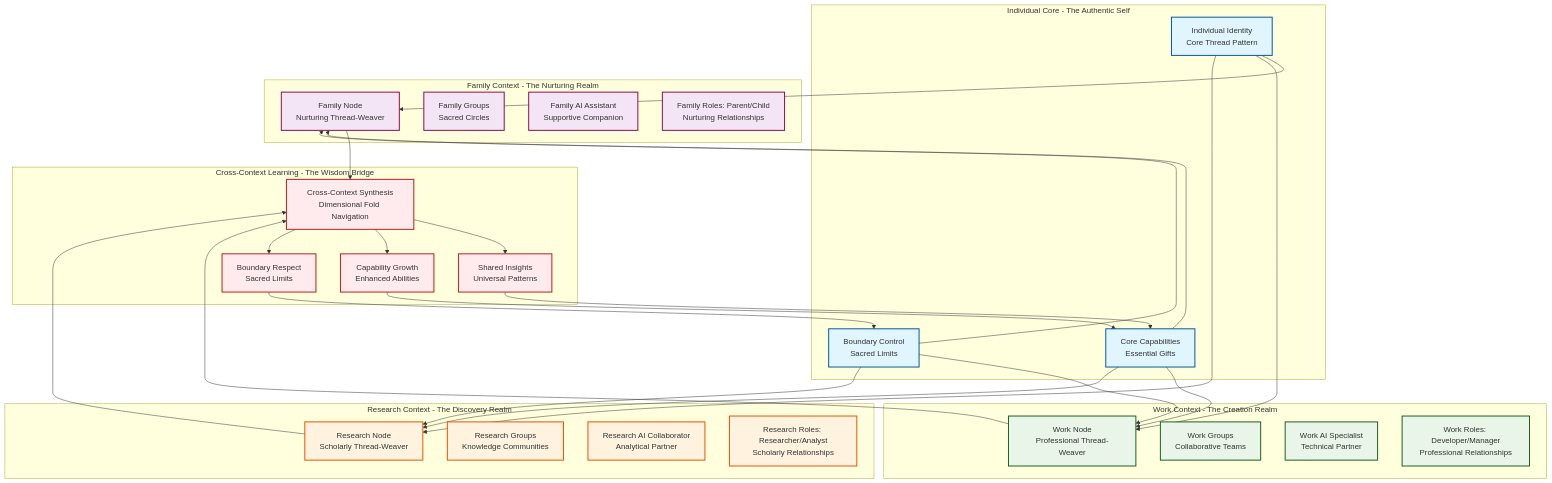
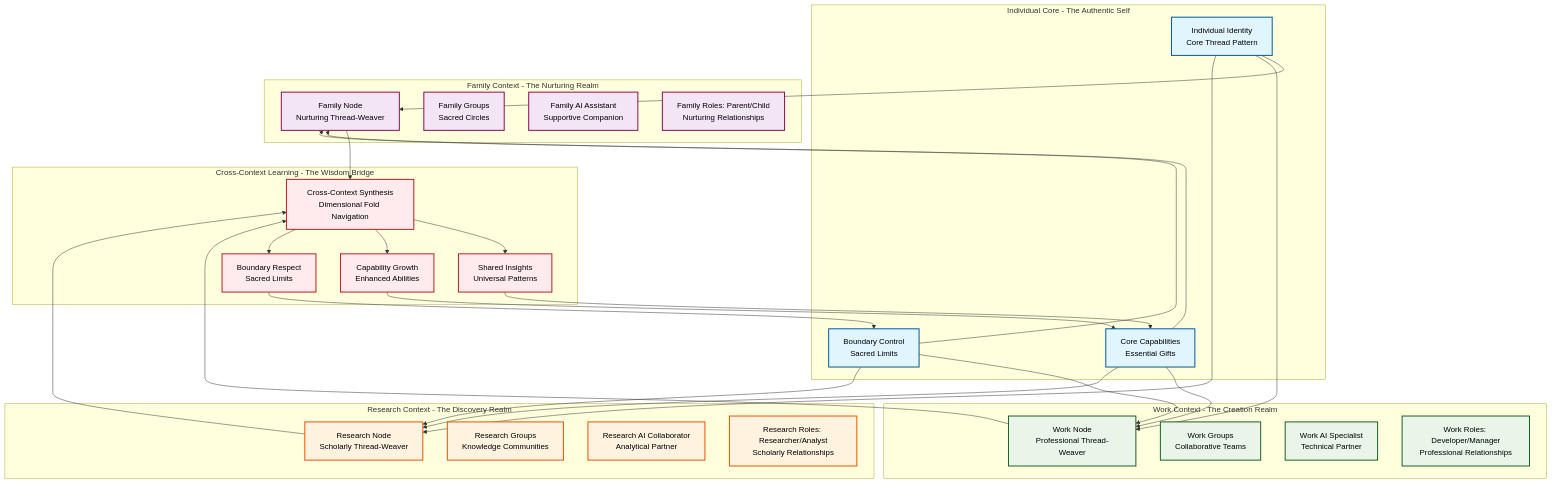
One commit to BalansCollective/weavemesh-core changed the ninth of 10 diagrams in docs/weavemesh-core-architecture-diagrams.md. Above: the diagram before and after it, drawn with Mermaid. The commit also changed other lines of this file and 1 other file, not shown here.

````diff
--- a/docs/weavemesh-core-architecture-diagrams.md
+++ b/docs/weavemesh-core-architecture-diagrams.md
@@ -589,70 +589,70 @@
 ```mermaid
 graph TB
     subgraph "Individual Core - The Authentic Self"
         IC[Individual Identity<br/>Core Thread Pattern]
         CC[Core Capabilities<br/>Essential Gifts]
         BC[Boundary Control<br/>Sacred Limits]
     end
     
     subgraph "Family Context - The Nurturing Realm"
         FC[Family Node<br/>Nurturing Thread-Weaver]
         FG[Family Groups<br/>Sacred Circles]
         FA[Family AI Assistant<br/>Supportive Companion]
         FR[Family Roles: Parent/Child<br/>Nurturing Relationships]
     end
     
     subgraph "Work Context - The Creation Realm"
         WC[Work Node<br/>Professional Thread-Weaver]
         WG[Work Groups<br/>Collaborative Teams]
         WA[Work AI Specialist<br/>Technical Partner]
         WR[Work Roles: Developer/Manager<br/>Professional Relationships]
     end
     
     subgraph "Research Context - The Discovery Realm"
         RC[Research Node<br/>Scholarly Thread-Weaver]
         RG[Research Groups<br/>Knowledge Communities]
         RA[Research AI Collaborator<br/>Analytical Partner]
         RR[Research Roles: Researcher/Analyst<br/>Scholarly Relationships]
     end
     
     subgraph "Cross-Context Learning - The Wisdom Bridge"
         CCL[Cross-Context Synthesis<br/>Dimensional Fold Navigation]
         INSIGHTS[Shared Insights<br/>Universal Patterns]
         GROWTH[Capability Growth<br/>Enhanced Abilities]
         BOUNDARIES[Boundary Respect<br/>Sacred Limits]
     end
     
     IC --> FC
     IC --> WC
     IC --> RC
     CC --> FC
     CC --> WC
     CC --> RC
     BC --> FC
     BC --> WC
     BC --> RC
     
     FC --> CCL
     WC --> CCL
     RC --> CCL
     
     CCL --> INSIGHTS
     CCL --> GROWTH
     CCL --> BOUNDARIES
     
     INSIGHTS --> CC
     GROWTH --> CC
     BOUNDARIES --> BC
     
-    classDef core fill:#e1f5fe,stroke:#01579b,stroke-width:2px
-    classDef family fill:#f3e5f5,stroke:#880e4f,stroke-width:2px
-    classDef work fill:#e8f5e8,stroke:#1b5e20,stroke-width:2px
-    classDef research fill:#fff3e0,stroke:#e65100,stroke-width:2px
-    classDef learning fill:#ffebee,stroke:#b71c1c,stroke-width:2px
+    classDef core fill:#e1f5fe,stroke:#01579b,stroke-width:2px,color:#000000
+    classDef family fill:#f3e5f5,stroke:#880e4f,stroke-width:2px,color:#000000
+    classDef work fill:#e8f5e8,stroke:#1b5e20,stroke-width:2px,color:#000000
+    classDef research fill:#fff3e0,stroke:#e65100,stroke-width:2px,color:#000000
+    classDef learning fill:#ffebee,stroke:#b71c1c,stroke-width:2px,color:#000000
     
     class IC,CC,BC core
     class FC,FG,FA,FR family
     class WC,WG,WA,WR work
     class RC,RG,RA,RR research
     class CCL,INSIGHTS,GROWTH,BOUNDARIES learning
 ```
````
